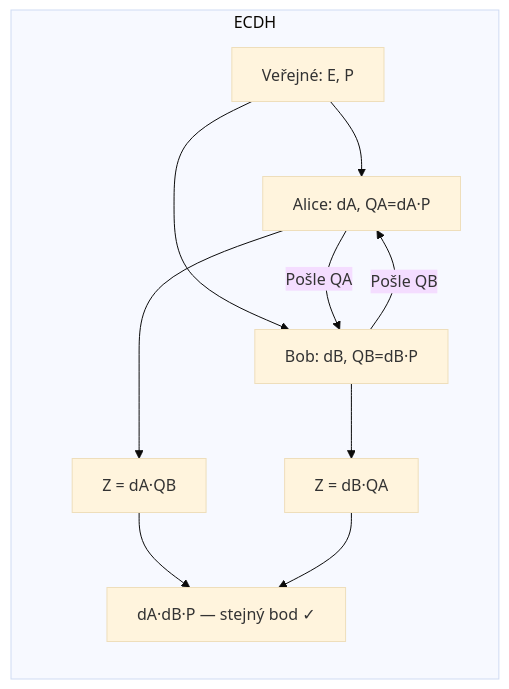
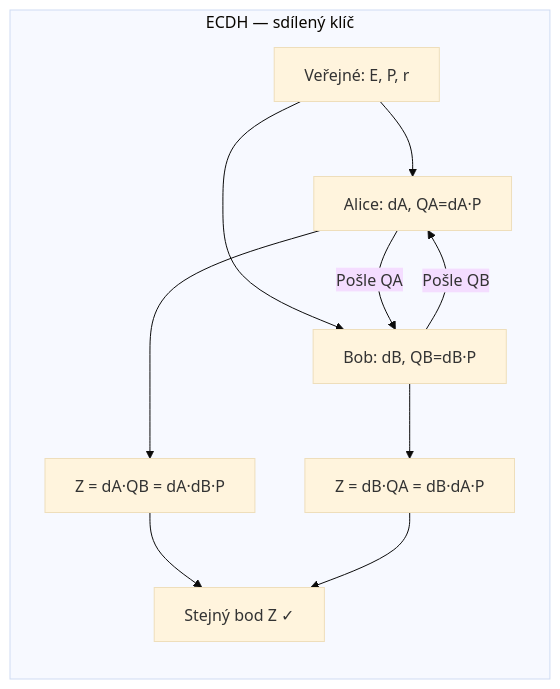
One commit to MatuskaDev/CTU-KAB-Study-Material changed the diagram in docs/skripta/06-ecc.md. Above: the diagram before and after it, drawn with Mermaid (base theme). The commit also changed other lines of this file and 277 other files, not shown here.

````diff
--- a/docs/skripta/06-ecc.md
+++ b/docs/skripta/06-ecc.md
@@ -127,12 +226,12 @@
 ```mermaid
 flowchart LR
-    subgraph ECDH
-        PUB["Veřejné: E, P"] --> A["Alice: dA, QA=dA·P"]
+    subgraph ECDH["ECDH — sdílený klíč"]
+        PUB["Veřejné: E, P, r"] --> A["Alice: dA, QA=dA·P"]
         PUB --> B["Bob: dB, QB=dB·P"]
         A -->|"Pošle QA"| B
         B -->|"Pošle QB"| A
-        A --> ZA["Z = dA·QB"]
-        B --> ZB["Z = dB·QA"]
-        ZA & ZB --> SAME["dA·dB·P — stejný bod ✓"]
+        A --> ZA["Z = dA·QB = dA·dB·P"]
+        B --> ZB["Z = dB·QA = dB·dA·P"]
+        ZA & ZB --> SAME["Stejný bod Z ✓"]
     end
 ```
````
